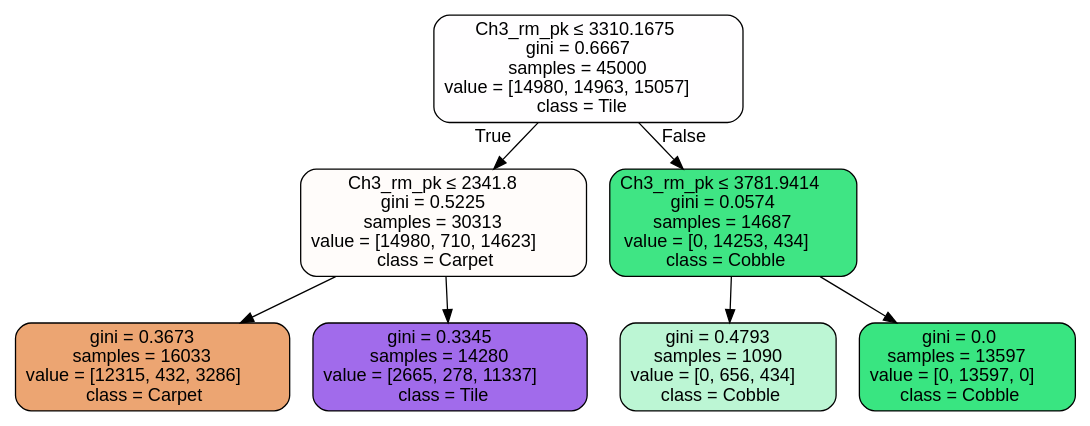
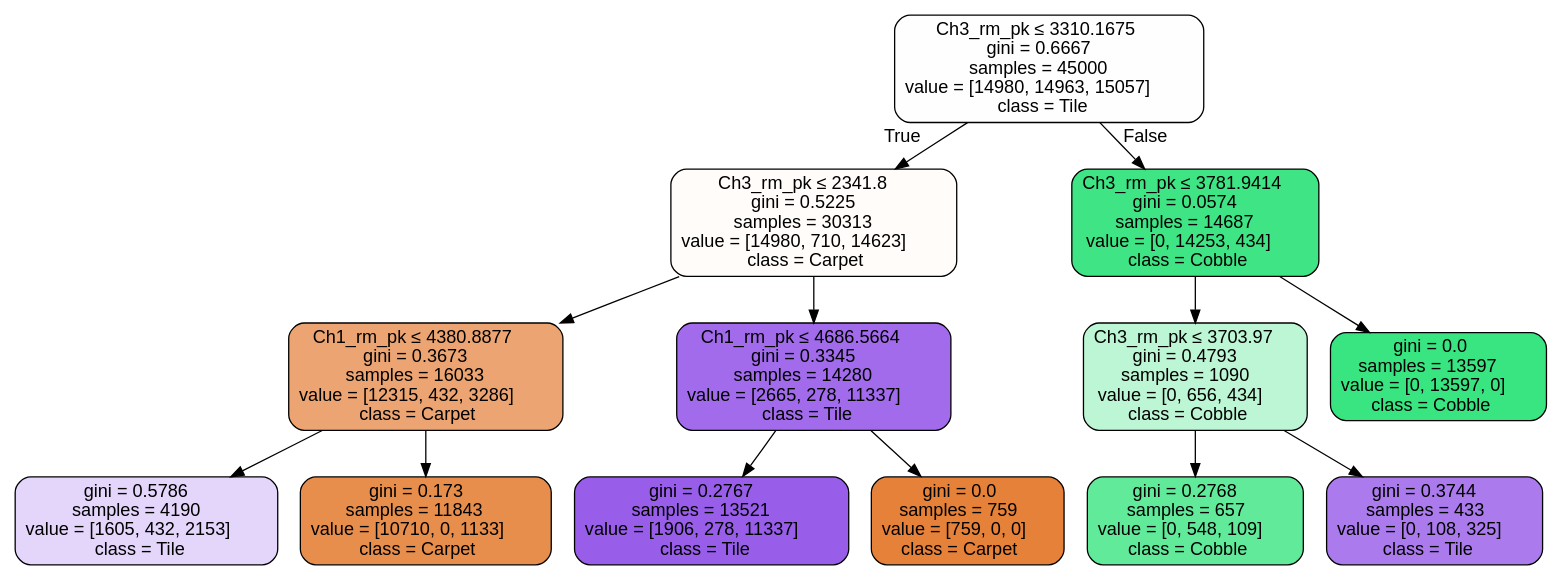
One commit to MoreCoffee12/AccelPlot changed the diagram in PythonScripts/None.dot. Above: the diagram before and after it, drawn with Graphviz. The commit also changed 7 other files, not shown here.

```diff
--- a/PythonScripts/None.dot
+++ b/PythonScripts/None.dot
@@ -1,17 +1,29 @@
 digraph Tree {
 node [shape=box, style="filled, rounded", color="black", fontname=helvetica] ;
 edge [fontname=helvetica] ;
 0 [label=<Ch3_rm_pk &le; 3310.1675<br/>gini = 0.6667<br/>samples = 45000<br/>value = [14980, 14963, 15057]<br/>class = Tile>, fillcolor="#8139e501"] ;
 1 [label=<Ch3_rm_pk &le; 2341.8<br/>gini = 0.5225<br/>samples = 30313<br/>value = [14980, 710, 14623]<br/>class = Carpet>, fillcolor="#e5813906"] ;
 0 -> 1 [labeldistance=2.5, labelangle=45, headlabel="True"] ;
-2 [label=<gini = 0.3673<br/>samples = 16033<br/>value = [12315, 432, 3286]<br/>class = Carpet>, fillcolor="#e58139b5"] ;
+2 [label=<Ch1_rm_pk &le; 4380.8877<br/>gini = 0.3673<br/>samples = 16033<br/>value = [12315, 432, 3286]<br/>class = Carpet>, fillcolor="#e58139b5"] ;
 1 -> 2 ;
-3 [label=<gini = 0.3345<br/>samples = 14280<br/>value = [2665, 278, 11337]<br/>class = Tile>, fillcolor="#8139e5be"] ;
-1 -> 3 ;
-4 [label=<Ch3_rm_pk &le; 3781.9414<br/>gini = 0.0574<br/>samples = 14687<br/>value = [0, 14253, 434]<br/>class = Cobble>, fillcolor="#39e581f7"] ;
-0 -> 4 [labeldistance=2.5, labelangle=-45, headlabel="False"] ;
-5 [label=<gini = 0.4793<br/>samples = 1090<br/>value = [0, 656, 434]<br/>class = Cobble>, fillcolor="#39e58156"] ;
-4 -> 5 ;
-6 [label=<gini = 0.0<br/>samples = 13597<br/>value = [0, 13597, 0]<br/>class = Cobble>, fillcolor="#39e581ff"] ;
-4 -> 6 ;
+3 [label=<gini = 0.5786<br/>samples = 4190<br/>value = [1605, 432, 2153]<br/>class = Tile>, fillcolor="#8139e536"] ;
+2 -> 3 ;
+4 [label=<gini = 0.173<br/>samples = 11843<br/>value = [10710, 0, 1133]<br/>class = Carpet>, fillcolor="#e58139e4"] ;
+2 -> 4 ;
+5 [label=<Ch1_rm_pk &le; 4686.5664<br/>gini = 0.3345<br/>samples = 14280<br/>value = [2665, 278, 11337]<br/>class = Tile>, fillcolor="#8139e5be"] ;
+1 -> 5 ;
+6 [label=<gini = 0.2767<br/>samples = 13521<br/>value = [1906, 278, 11337]<br/>class = Tile>, fillcolor="#8139e5cf"] ;
+5 -> 6 ;
+7 [label=<gini = 0.0<br/>samples = 759<br/>value = [759, 0, 0]<br/>class = Carpet>, fillcolor="#e58139ff"] ;
+5 -> 7 ;
+8 [label=<Ch3_rm_pk &le; 3781.9414<br/>gini = 0.0574<br/>samples = 14687<br/>value = [0, 14253, 434]<br/>class = Cobble>, fillcolor="#39e581f7"] ;
+0 -> 8 [labeldistance=2.5, labelangle=-45, headlabel="False"] ;
+9 [label=<Ch3_rm_pk &le; 3703.97<br/>gini = 0.4793<br/>samples = 1090<br/>value = [0, 656, 434]<br/>class = Cobble>, fillcolor="#39e58156"] ;
+8 -> 9 ;
+10 [label=<gini = 0.2768<br/>samples = 657<br/>value = [0, 548, 109]<br/>class = Cobble>, fillcolor="#39e581cc"] ;
+9 -> 10 ;
+11 [label=<gini = 0.3744<br/>samples = 433<br/>value = [0, 108, 325]<br/>class = Tile>, fillcolor="#8139e5aa"] ;
+9 -> 11 ;
+12 [label=<gini = 0.0<br/>samples = 13597<br/>value = [0, 13597, 0]<br/>class = Cobble>, fillcolor="#39e581ff"] ;
+8 -> 12 ;
 }
```
